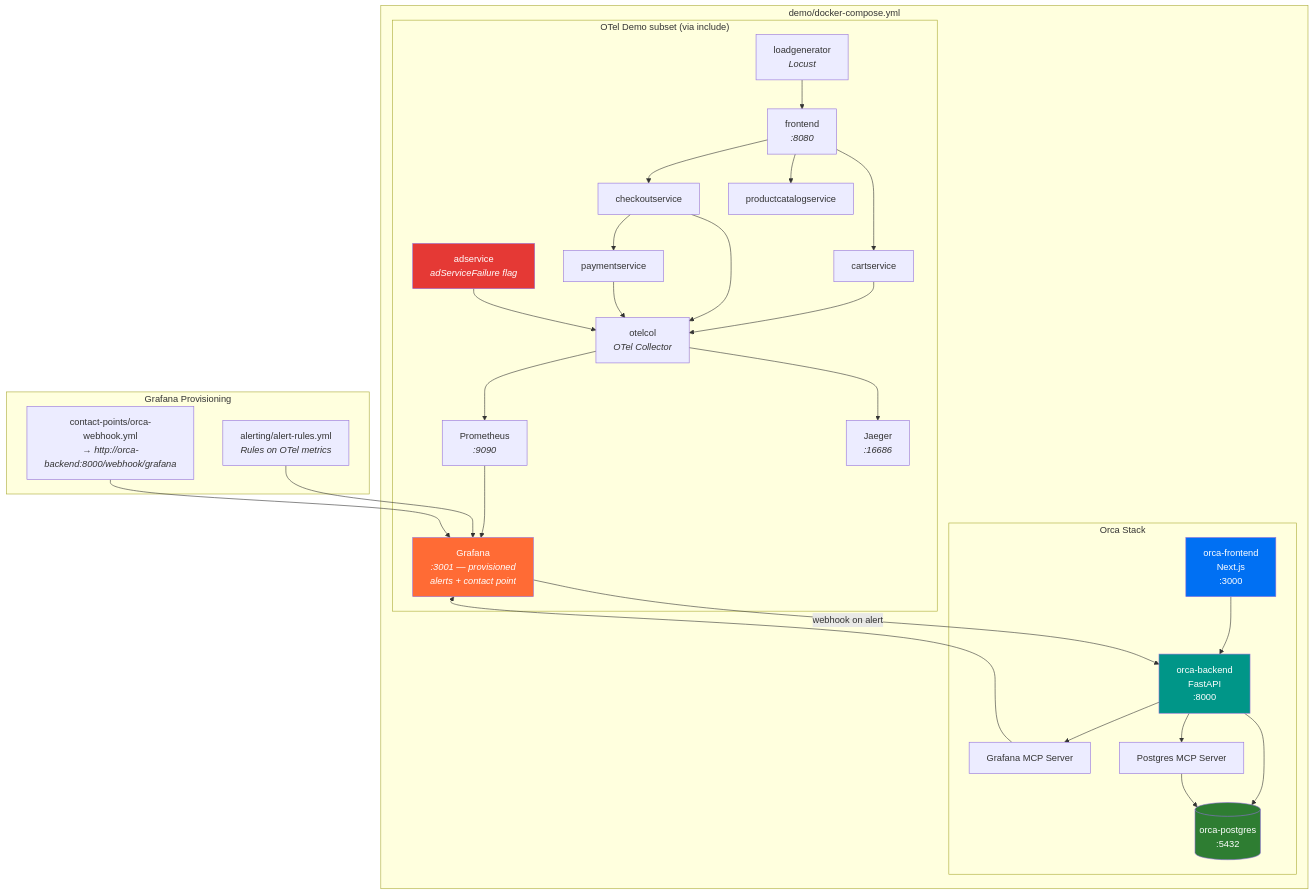
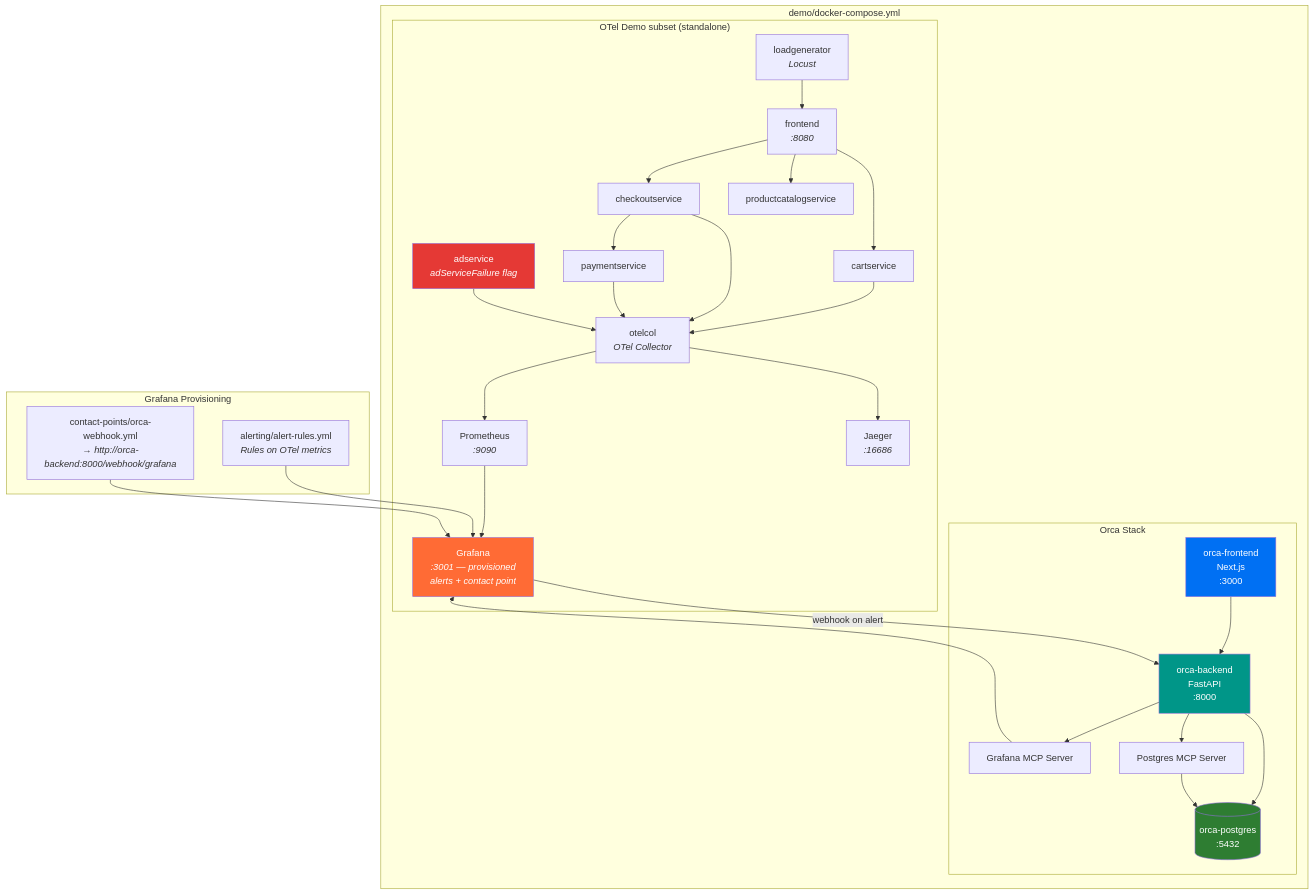
One commit to vikshana/vikshana-graft-app changed the ninth of 9 diagrams in services/orca/docs/architecture.md. Above: the diagram before and after it, drawn with Mermaid. The commit also changed other lines of this file and 7 other files, not shown here.

Commit message:
feat(demo): update OTel demo integration and documentation for improved setup

````diff
--- a/services/orca/docs/architecture.md
+++ b/services/orca/docs/architecture.md
@@ -612,61 +600,61 @@
 ```mermaid
 graph TB
     subgraph "demo/docker-compose.yml"
-        subgraph "OTel Demo subset (via include)"
+        subgraph "OTel Demo subset (standalone)"
             FRONTEND[frontend<br/><i>:8080</i>]
             CART[cartservice]
             CHECKOUT[checkoutservice]
             CATALOG[productcatalogservice]
             PAYMENT[paymentservice]
             AD[adservice<br/><i>adServiceFailure flag</i>]
             LOCUST[loadgenerator<br/><i>Locust</i>]
             OTELCOL[otelcol<br/><i>OTel Collector</i>]
             PROM[Prometheus<br/><i>:9090</i>]
             GRAF[Grafana<br/><i>:3001 — provisioned<br/>alerts + contact point</i>]
             JAEGER[Jaeger<br/><i>:16686</i>]
 
             FRONTEND --> CART
             FRONTEND --> CHECKOUT
             FRONTEND --> CATALOG
             CHECKOUT --> PAYMENT
             LOCUST --> FRONTEND
             CART --> OTELCOL
             CHECKOUT --> OTELCOL
             PAYMENT --> OTELCOL
             AD --> OTELCOL
             OTELCOL --> PROM
             OTELCOL --> JAEGER
             PROM --> GRAF
         end
 
         subgraph "Orca Stack"
             PG[(orca-postgres<br/>:5432)]
             BE[orca-backend<br/>FastAPI<br/>:8000]
             FE[orca-frontend<br/>Next.js<br/>:3000]
             GMCP[Grafana MCP Server]
             PMCP[Postgres MCP Server]
 
             BE --> PG
             FE --> BE
             BE --> GMCP
             BE --> PMCP
             GMCP --> GRAF
             PMCP --> PG
         end
 
         GRAF -- "webhook on alert" --> BE
     end
 
     subgraph "Grafana Provisioning"
         AR[alerting/alert-rules.yml<br/><i>Rules on OTel metrics</i>]
         CP[contact-points/orca-webhook.yml<br/><i>→ http://orca-backend:8000/webhook/grafana</i>]
         AR --> GRAF
         CP --> GRAF
     end
 
     style GRAF fill:#ff6b35,color:#fff
     style BE fill:#009688,color:#fff
     style FE fill:#0070f3,color:#fff
     style PG fill:#2e7d32,color:#fff
     style AD fill:#e53935,color:#fff
 ```
````
